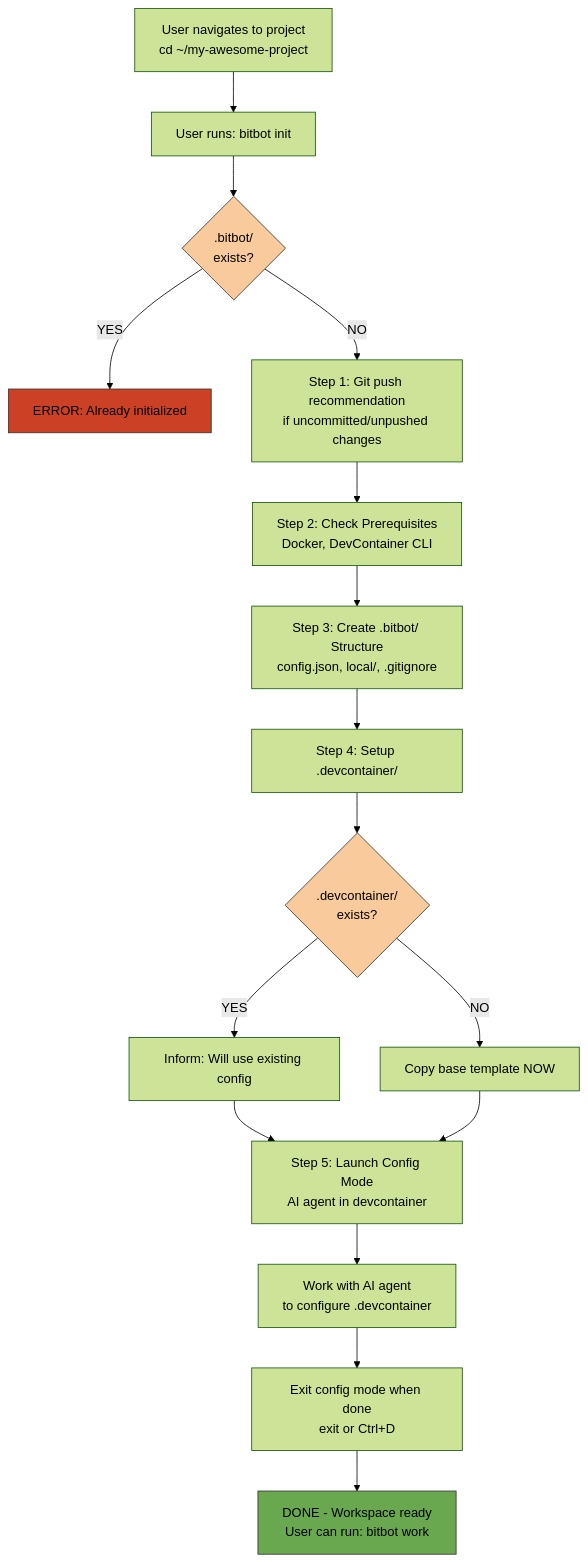
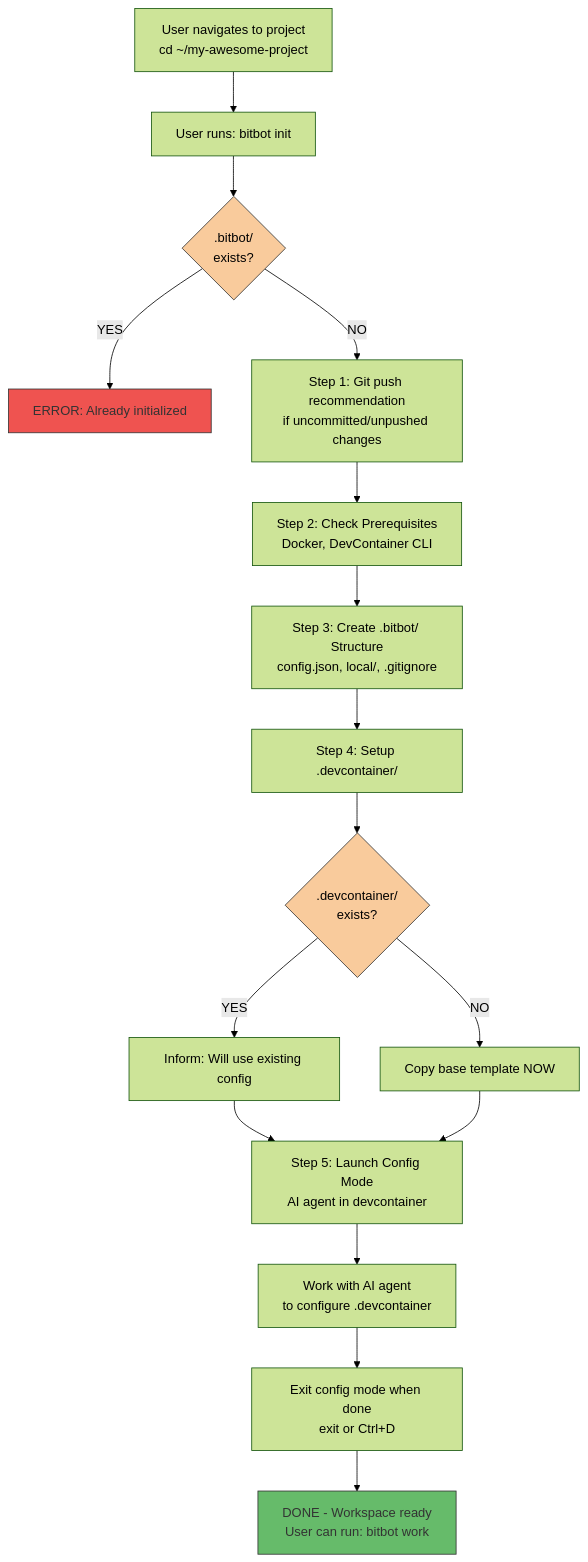
Before and after one commit to ManuelKugelmann/BitBot: the diagram in sparc/2-pseudocode/FLOW_WORKSPACE_INIT.md, drawn with Mermaid (forest theme).

Commit message:
Update colors in FLOW_WORKSPACE_INIT pseudocode diagram
Updated FLOW_WORKSPACE_INIT.md:
- Changed green #6aa84f → #66bb6a (consistent with color scheme)
- Changed red #cc4125 → #ef5350 (consistent with color scheme)
- Added color:#333 to Error (red) and Done (green) nodes

Completes pseudocode flow diagram color updates.

````diff
--- a/sparc/2-pseudocode/FLOW_WORKSPACE_INIT.md
+++ b/sparc/2-pseudocode/FLOW_WORKSPACE_INIT.md
@@ -19,33 +19,33 @@
 ```mermaid
 flowchart TD
     Start["User navigates to project<br/>cd ~/my-awesome-project"]
     Run["User runs: bitbot init"]
     CheckInit{.bitbot/<br/>exists?}
 
     Start --> Run --> CheckInit
 
     CheckInit -->|YES| Error[ERROR: Already initialized]
     CheckInit -->|NO| GitCheck[Step 1: Git push recommendation<br/>if uncommitted/unpushed changes]
 
     GitCheck --> Step2[Step 2: Check Prerequisites<br/>Docker, DevContainer CLI]
     Step2 --> Step3[Step 3: Create .bitbot/ Structure<br/>config.json, local/, .gitignore]
     Step3 --> Step4[Step 4: Setup .devcontainer/]
 
     Step4 --> DevContainerExists{.devcontainer/<br/>exists?}
 
     DevContainerExists -->|YES| Inform[Inform: Will use existing config]
     DevContainerExists -->|NO| CopyTemplate[Copy base template NOW]
 
     Inform --> Step5
     CopyTemplate --> Step5
 
     Step5[Step 5: Launch Config Mode<br/>AI agent in devcontainer]
     Step5 --> InConfig[Work with AI agent<br/>to configure .devcontainer]
     InConfig --> Exit[Exit config mode when done<br/>exit or Ctrl+D]
     Exit --> Done[DONE - Workspace ready<br/>User can run: bitbot work]
 
     style CheckInit fill:#f9cb9c,stroke:#333,color:#000
     style DevContainerExists fill:#f9cb9c,stroke:#333,color:#000
-    style Error fill:#cc4125,stroke:#333
-    style Done fill:#6aa84f,stroke:#333
+    style Error fill:#ef5350,stroke:#333,color:#333
+    style Done fill:#66bb6a,stroke:#333,color:#333
 ```
````
